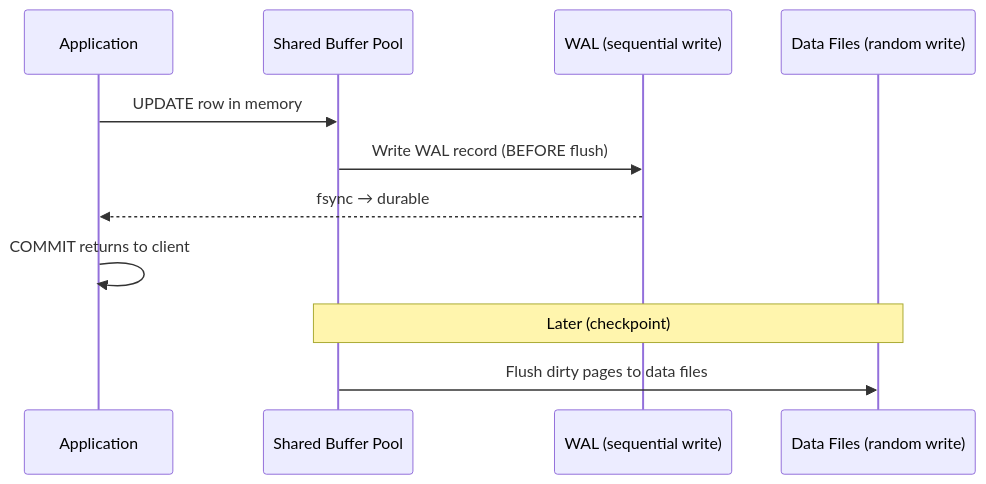
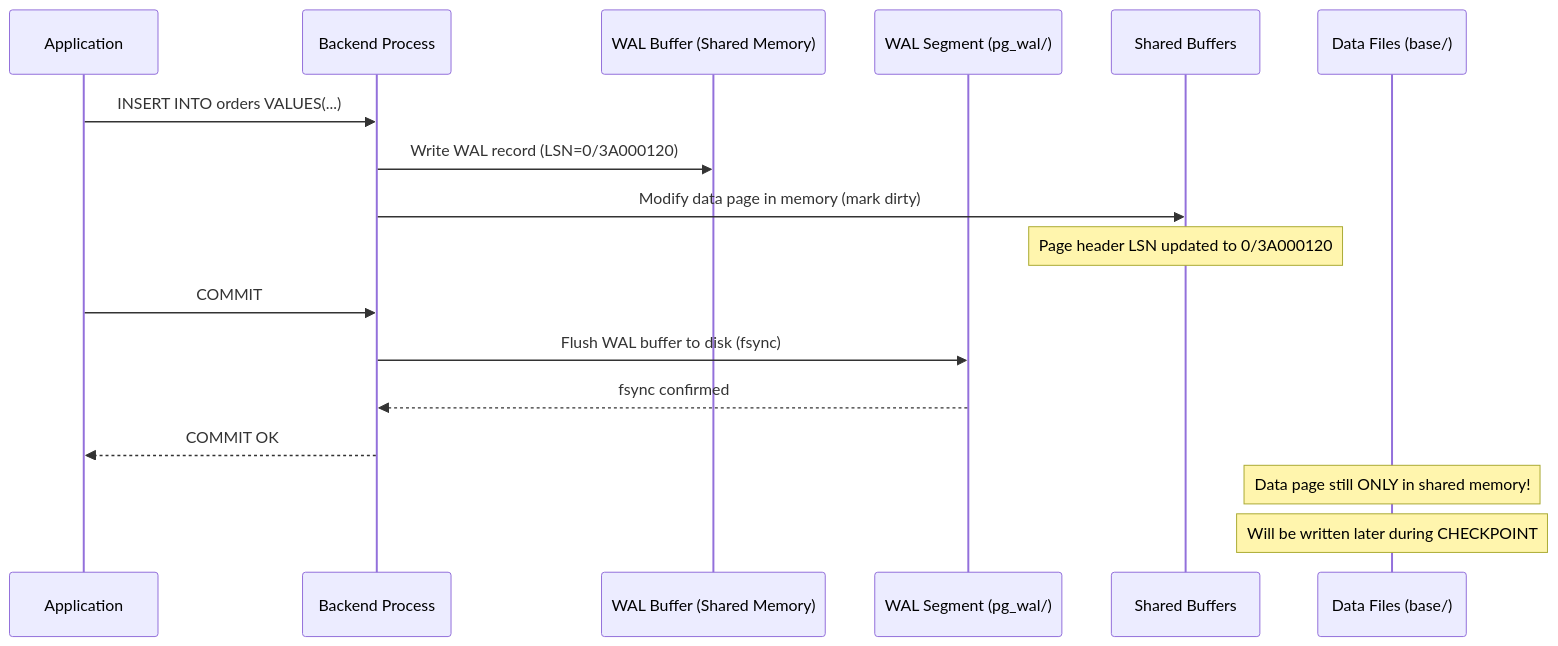
One commit to sivanagaraju/sparkantrigravity changed the diagram in PrincipleDataArchitect/02_Database_Systems/05_Database_Reliability_Engineering/01_WAL_and_Durability/01_Concept_Overview.md. Above: the diagram before and after it, drawn with Mermaid. The commit also changed other lines of this file and 39 other files, not shown here.

````diff
--- a/PrincipleDataArchitect/02_Database_Systems/05_Database_Reliability_Engineering/01_WAL_and_Durability/01_Concept_Overview.md
+++ b/PrincipleDataArchitect/02_Database_Systems/05_Database_Reliability_Engineering/01_WAL_and_Durability/01_Concept_Overview.md
@@ -13,15 +24,20 @@
 ```mermaid
 sequenceDiagram
     participant App as Application
-    participant Buffer as Shared Buffer Pool
-    participant WAL as WAL (sequential write)
-    participant Disk as Data Files (random write)
-    
-    App->>Buffer: UPDATE row in memory
-    Buffer->>WAL: Write WAL record (BEFORE flush)
-    WAL-->>App: fsync → durable
-    App->>App: COMMIT returns to client
-    
-    Note over Buffer,Disk: Later (checkpoint)
-    Buffer->>Disk: Flush dirty pages to data files
+    participant BE as Backend Process
+    participant WALBuf as WAL Buffer (Shared Memory)
+    participant WALDisk as WAL Segment (pg_wal/)
+    participant SharedBuf as Shared Buffers
+    participant DataDisk as Data Files (base/)
+
+    App->>BE: INSERT INTO orders VALUES(...)
+    BE->>WALBuf: Write WAL record (LSN=0/3A000120)
+    BE->>SharedBuf: Modify data page in memory (mark dirty)
+    Note over SharedBuf: Page header LSN updated to 0/3A000120
+    App->>BE: COMMIT
+    BE->>WALDisk: Flush WAL buffer to disk (fsync)
+    WALDisk-->>BE: fsync confirmed
+    BE-->>App: COMMIT OK
+    Note over DataDisk: Data page still ONLY in shared memory!
+    Note over DataDisk: Will be written later during CHECKPOINT
 ```
````
